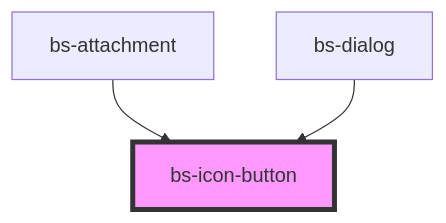
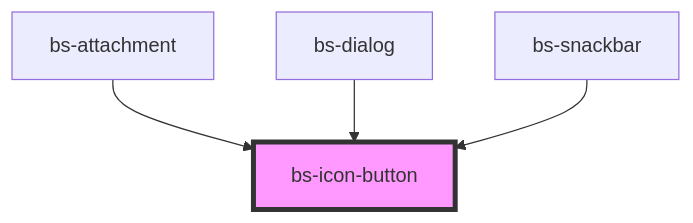
One commit to vivka-eg/Brandsync-webcomponents changed the diagram in packages/wc/src/components/bs-button/bs-icon-button/readme.md. Above: the diagram before and after it, drawn with Mermaid. The commit also changed other lines of this file and 25 other files, not shown here.

````diff
--- a/packages/wc/src/components/bs-button/bs-icon-button/readme.md
+++ b/packages/wc/src/components/bs-button/bs-icon-button/readme.md
@@ -118,6 +121,7 @@
 ```mermaid
 graph TD;
   bs-attachment --> bs-icon-button
   bs-dialog --> bs-icon-button
+  bs-snackbar --> bs-icon-button
   style bs-icon-button fill:#f9f,stroke:#333,stroke-width:4px
 ```
````
